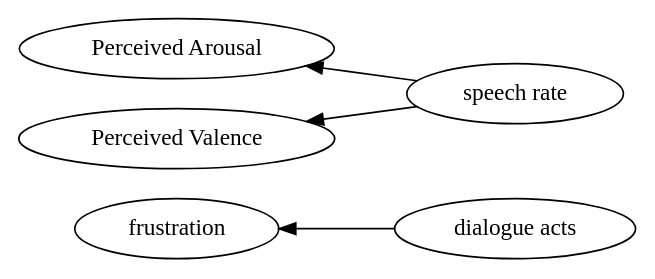
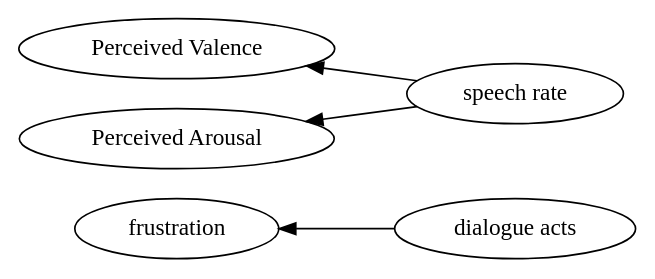
One commit to hgse-schneider/mmca changed the diagram in graphviz/Verbal -> affective.gv. Above: the diagram before and after it, drawn with Graphviz. The commit also changed 46 other files, not shown here.

```diff
--- a/graphviz/Verbal -> affective.gv
+++ b/graphviz/Verbal -> affective.gv
@@ -1,14 +1,14 @@
 digraph Test {
 	rankdir=RL
 	size="10,10"
 	overlap=false
 	splines=true
 	{rank=same; "dialogue acts" "speech rate";}
-	{rank=same; "Perceived Arousal" "Perceived Valence" "frustration";}
-	"dialogue acts" [href="https://scholar.google.com/scholar?hl=en&q=The%20Additive%20Value%20of%20Multimodal%20Features%20for%20Predicting%20Engagement,%20Frustration,%20and%20Learning%20during%20Tutoring"]
+	{rank=same; "Perceived Valence" "Perceived Arousal" "frustration";}
+	"dialogue acts" [href="https://scholar.google.com/scholar?hl=en&q=The%20Additive%20Value%20of%20Multimodal%20Features%20for%20Predicting%20Engagement,%20Frustration,%20and%20Learning%20during%20Tutoring" target=_blank]
 	"dialogue acts" -> frustration
-	"speech rate" [href="https://scholar.google.com/scholar?hl=en&q=Modeling%20Team-level%20Multimodal%20Dynamics%20during%20Multiparty%20Collaboration"]
+	"speech rate" [href="https://scholar.google.com/scholar?hl=en&q=Modeling%20Team-level%20Multimodal%20Dynamics%20during%20Multiparty%20Collaboration" target=_blank]
 	"speech rate" -> "Perceived Valence"
-	"speech rate" [href="https://scholar.google.com/scholar?hl=en&q=Modeling%20Team-level%20Multimodal%20Dynamics%20during%20Multiparty%20Collaboration"]
+	"speech rate" [href="https://scholar.google.com/scholar?hl=en&q=Modeling%20Team-level%20Multimodal%20Dynamics%20during%20Multiparty%20Collaboration" target=_blank]
 	"speech rate" -> "Perceived Arousal"
 }
```
